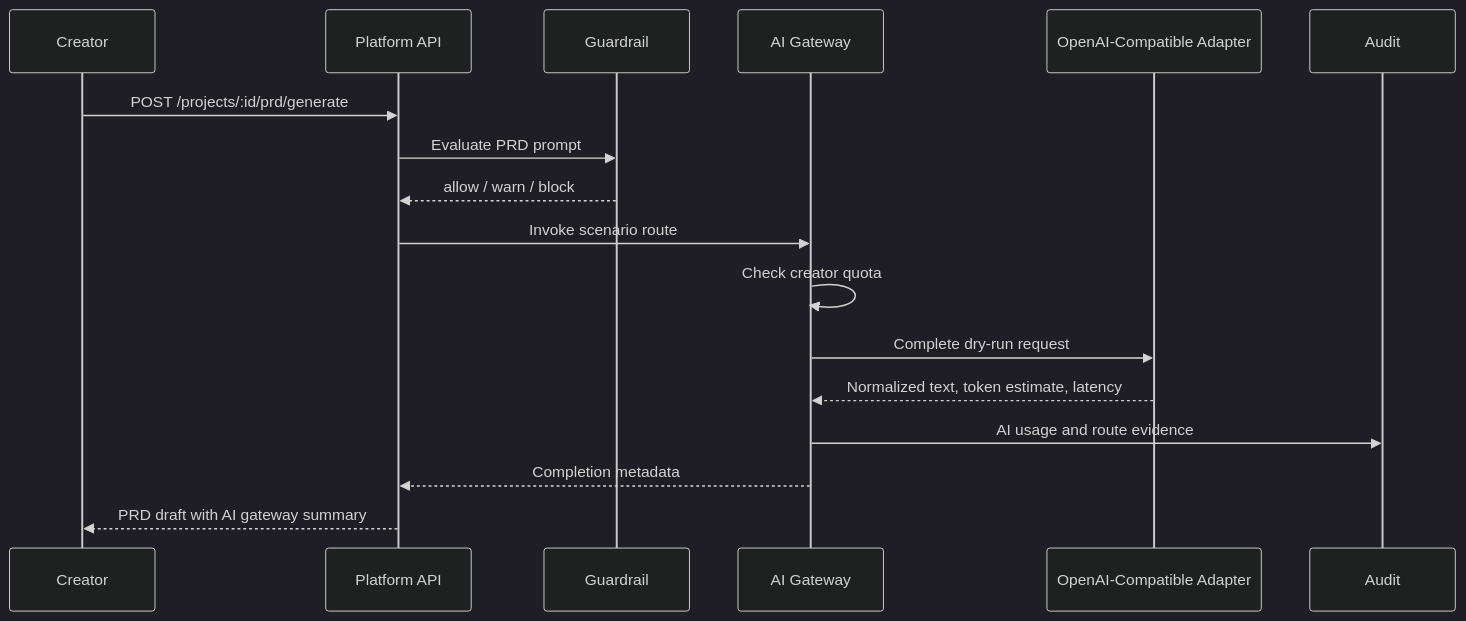
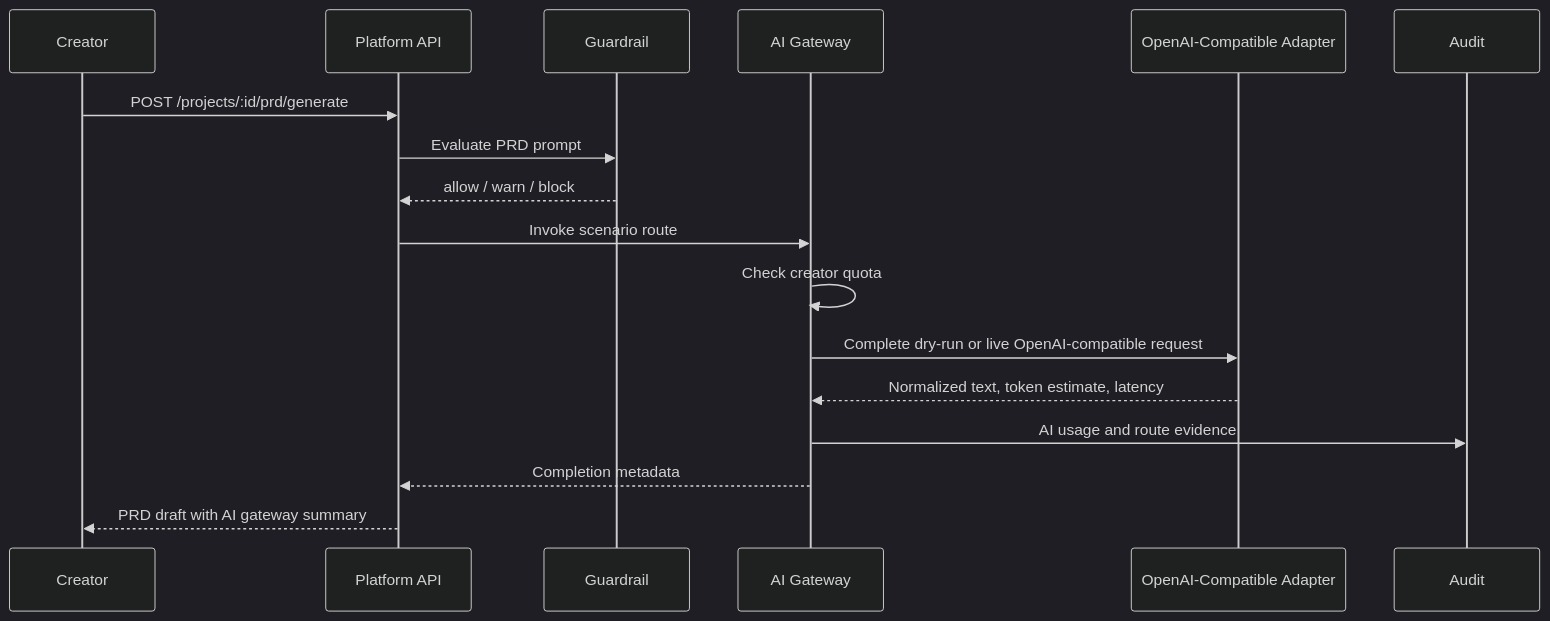
The diagram in docs/operations/real-mvp-ai-provider-adapter.md (horizonxlabs/horizon), drawn with Mermaid (dark theme) before and after one commit. The commit also changed other lines of this file and 6 other files, not shown here.

Commit message:
feat: add live OpenAI-compatible AI adapter path

````diff
--- a/docs/operations/real-mvp-ai-provider-adapter.md
+++ b/docs/operations/real-mvp-ai-provider-adapter.md
@@ -15,20 +15,20 @@
 ```mermaid
 sequenceDiagram
   participant Creator
   participant API as Platform API
   participant Guardrail
   participant Gateway as AI Gateway
   participant Adapter as OpenAI-Compatible Adapter
   participant Audit
 
   Creator->>API: POST /projects/:id/prd/generate
   API->>Guardrail: Evaluate PRD prompt
   Guardrail-->>API: allow / warn / block
   API->>Gateway: Invoke scenario route
   Gateway->>Gateway: Check creator quota
-  Gateway->>Adapter: Complete dry-run request
+  Gateway->>Adapter: Complete dry-run or live OpenAI-compatible request
   Adapter-->>Gateway: Normalized text, token estimate, latency
   Gateway->>Audit: AI usage and route evidence
   Gateway-->>API: Completion metadata
   API-->>Creator: PRD draft with AI gateway summary
 ```
````
